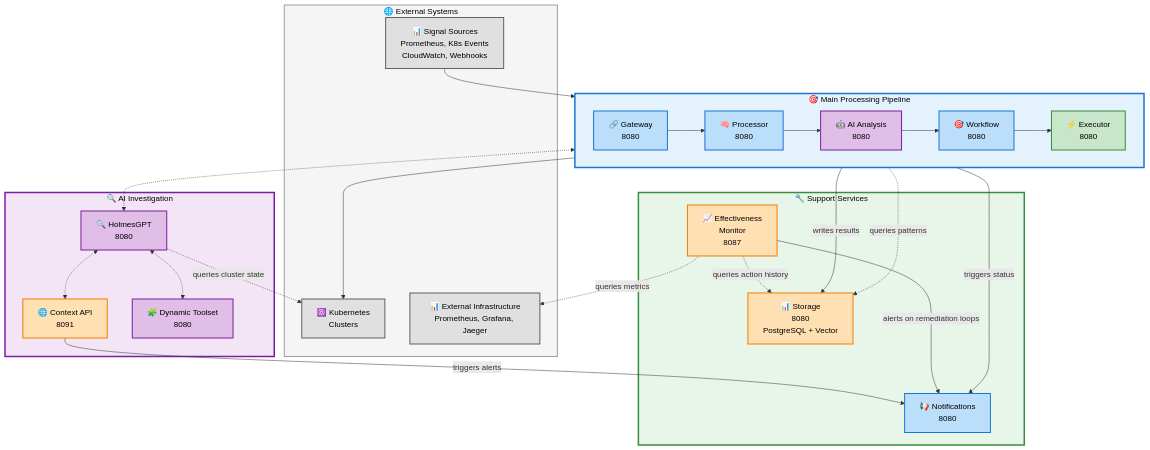
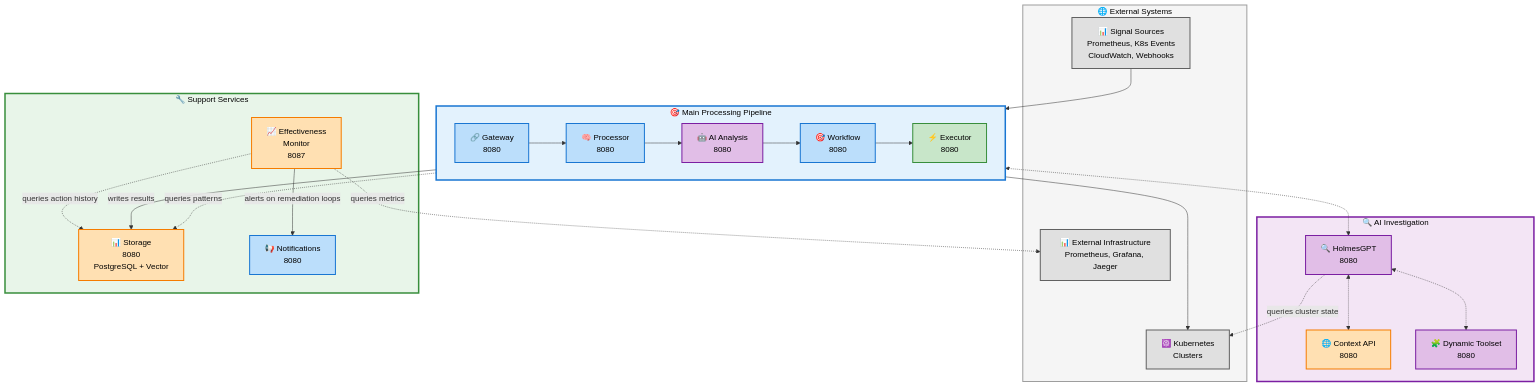
The diagram in docs/architecture/APPROVED_MICROSERVICES_ARCHITECTURE.md (jordigilh/kubernaut), drawn with Mermaid before and after one commit. The commit also changed other lines of this file and 2 other files, not shown here.

````diff
--- a/docs/architecture/APPROVED_MICROSERVICES_ARCHITECTURE.md
+++ b/docs/architecture/APPROVED_MICROSERVICES_ARCHITECTURE.md
@@ -63,71 +63,72 @@
 ```mermaid
 flowchart TB
     subgraph EXTERNAL["🌐 External Systems"]
         SIG[📊 Signal Sources<br/>Prometheus, K8s Events<br/>CloudWatch, Webhooks]
         K8S[☸️ Kubernetes<br/>Clusters]
         PROM[📊 External Infrastructure<br/>Prometheus, Grafana, Jaeger]
     end
-    
+
     subgraph MAIN["🎯 Main Processing Pipeline"]
         direction LR
         GW[🔗 Gateway<br/>8080]
         RP[🧠 Processor<br/>8080]
         AI[🤖 AI Analysis<br/>8080]
         WF[🎯 Workflow<br/>8080]
         EX[⚡ Executor<br/>8080]
     end
-    
+
     subgraph INVESTIGATION["🔍 AI Investigation"]
         HGP[🔍 HolmesGPT<br/>8080]
-        CTX[🌐 Context API<br/>8091]
+        CTX[🌐 Context API<br/>8080]
         DTS[🧩 Dynamic Toolset<br/>8080]
     end
-    
+
     subgraph SUPPORT["🔧 Support Services"]
         ST[📊 Storage<br/>8080<br/>PostgreSQL + Vector]
         EFF[📈 Effectiveness<br/>Monitor<br/>8087]
         NOT[📢 Notifications<br/>8080]
     end
-    
+
     %% Main flow
     SIG --> GW --> RP --> AI --> WF --> EX --> K8S
-    
+
     %% Investigation flow
     AI <-.-> HGP
     HGP <-.-> CTX
     HGP <-.-> DTS
     HGP -.->|queries cluster state| K8S
-    
+
     %% Storage interactions
     EX -->|writes results| ST
     AI -.->|queries patterns| ST
     EFF -.->|queries action history| ST
-    
+
     %% Effectiveness Monitor
     EFF -.->|queries metrics| PROM
-    
+
     %% Notifications
-    CTX -->|triggers alerts| NOT
-    WF -->|triggers status| NOT
     EFF -->|alerts on remediation loops| NOT
     
+    %% Note: Context API is read-only and does not trigger notifications
+    %% Note: Workflow Execution notification triggers require explicit BR documentation
+
     style EXTERNAL fill:#f5f5f5,stroke:#9e9e9e,stroke-width:2px,color:#000
     style MAIN fill:#e3f2fd,stroke:#1976d2,stroke-width:3px,color:#000
     style INVESTIGATION fill:#f3e5f5,stroke:#7b1fa2,stroke-width:3px,color:#000
     style SUPPORT fill:#e8f5e9,stroke:#388e3c,stroke-width:3px,color:#000
-    
+
     style GW fill:#bbdefb,stroke:#1976d2,stroke-width:2px,color:#000
     style RP fill:#bbdefb,stroke:#1976d2,stroke-width:2px,color:#000
     style AI fill:#e1bee7,stroke:#7b1fa2,stroke-width:2px,color:#000
     style WF fill:#bbdefb,stroke:#1976d2,stroke-width:2px,color:#000
     style EX fill:#c8e6c9,stroke:#388e3c,stroke-width:2px,color:#000
     style HGP fill:#e1bee7,stroke:#7b1fa2,stroke-width:2px,color:#000
     style CTX fill:#ffe0b2,stroke:#f57c00,stroke-width:2px,color:#000
     style DTS fill:#e1bee7,stroke:#7b1fa2,stroke-width:2px,color:#000
     style ST fill:#ffe0b2,stroke:#f57c00,stroke-width:2px,color:#000
     style EFF fill:#ffe0b2,stroke:#f57c00,stroke-width:2px,color:#000
     style NOT fill:#bbdefb,stroke:#1976d2,stroke-width:2px,color:#000
     style SIG fill:#e0e0e0,stroke:#616161,stroke-width:2px,color:#000
     style K8S fill:#e0e0e0,stroke:#616161,stroke-width:2px,color:#000
     style PROM fill:#e0e0e0,stroke:#616161,stroke-width:2px,color:#000
 ```
````
